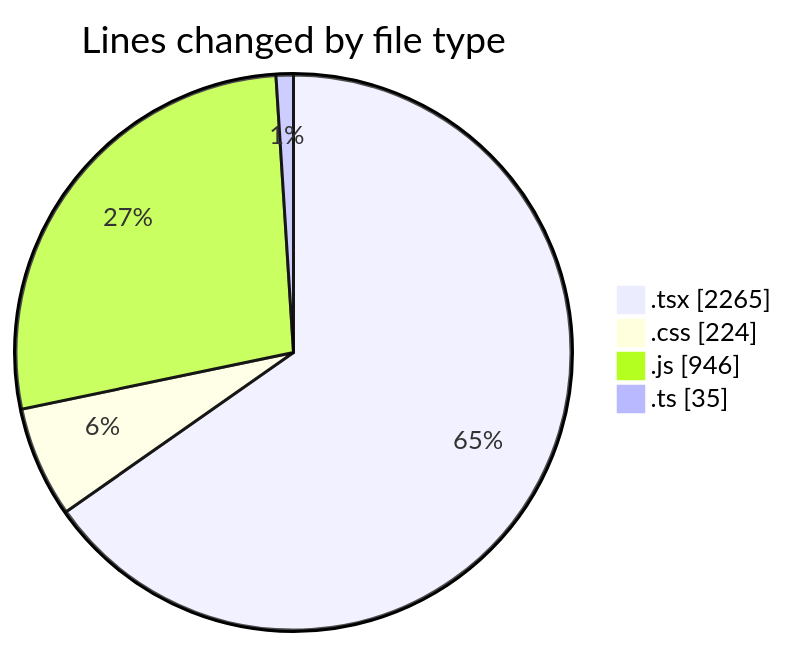
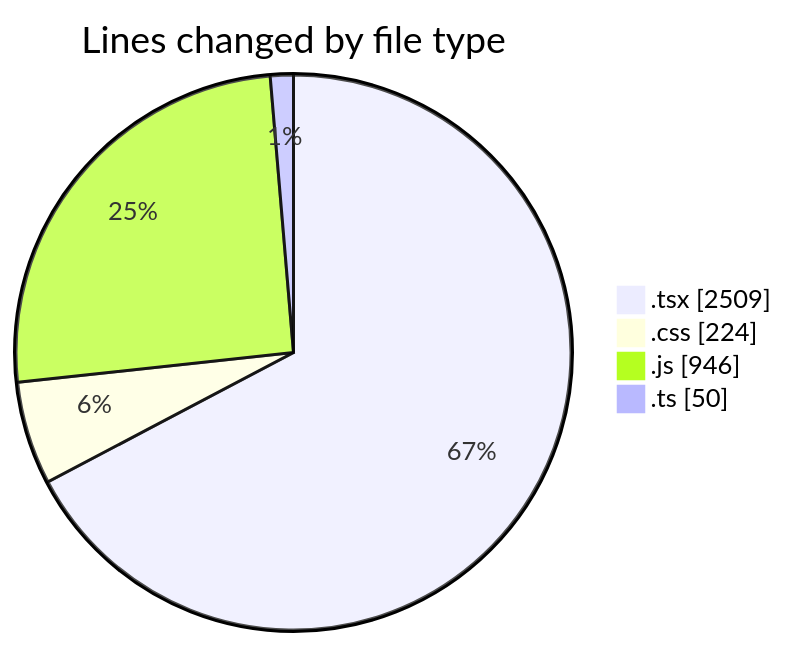
Before and after one commit to Elitesun/code-tracking: the first of 2 diagrams in 2025-04-22/indesign/README.md, drawn with Mermaid. The commit also changed other lines of this file and 1 other file, not shown here.

````diff
--- a/2025-04-22/indesign/README.md
+++ b/2025-04-22/indesign/README.md
@@ -37,8 +37,8 @@
 ```mermaid
 pie showData
 title Lines changed by file type
-".tsx" : 2265
+".tsx" : 2509
 ".css" : 224
 ".js" : 946
-".ts" : 35
+".ts" : 50
 ```
````
